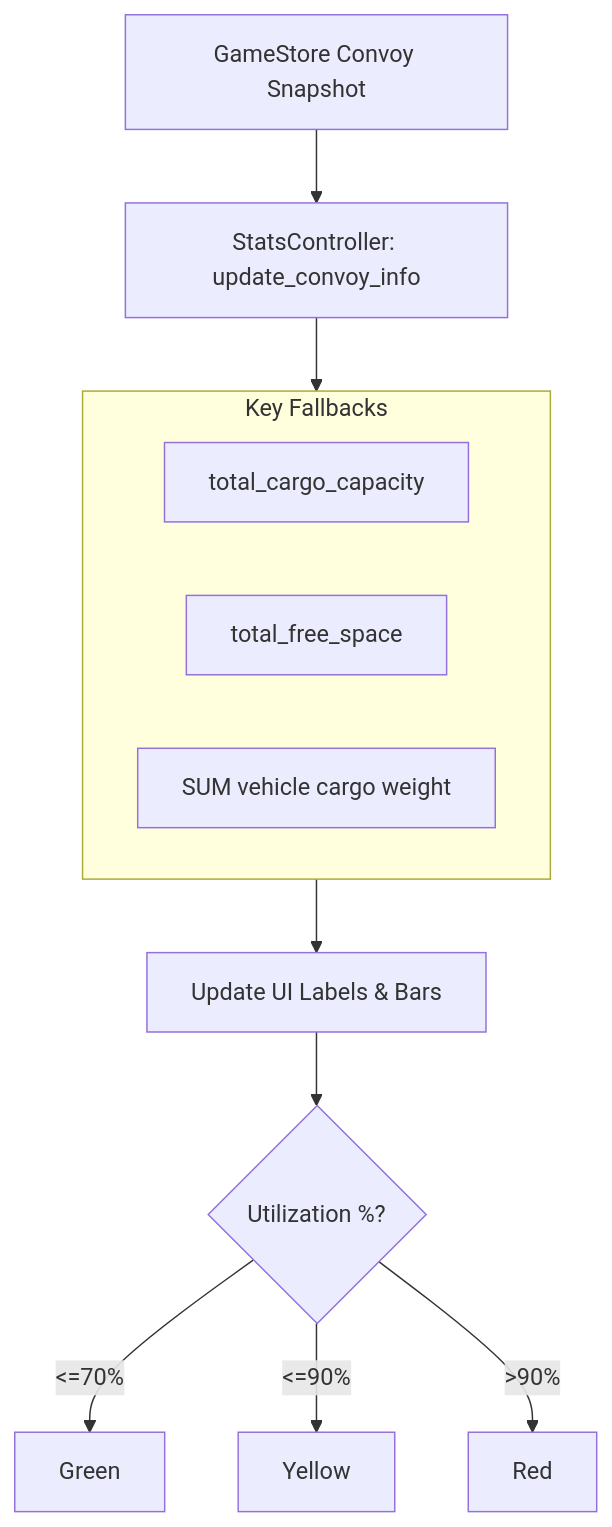
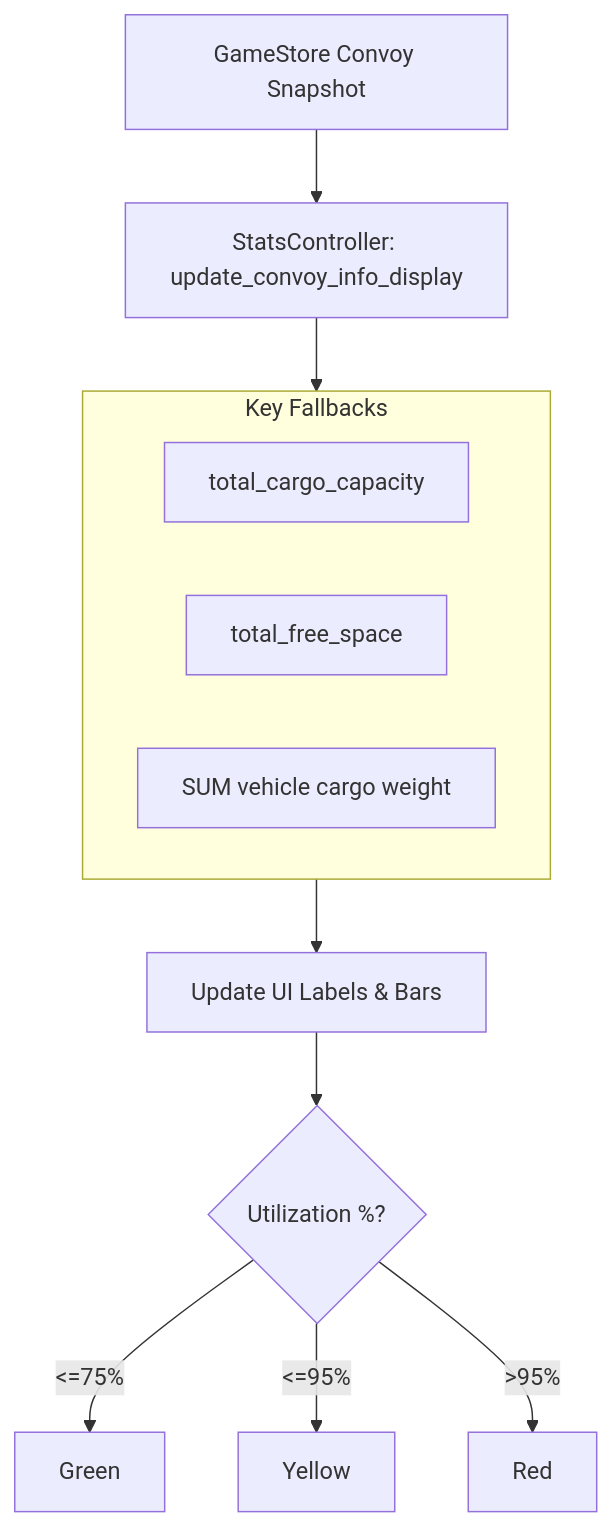
One commit to OoriData/DF_Godot changed the diagram in docs/02_UI_UX/VendorPanel/ConvoyStats.md. Above: the diagram before and after it, drawn with Mermaid. The commit also changed other lines of this file and 40 other files, not shown here.

````diff
--- a/docs/02_UI_UX/VendorPanel/ConvoyStats.md
+++ b/docs/02_UI_UX/VendorPanel/ConvoyStats.md
@@ -20,18 +21,18 @@
 ```mermaid
 graph TD
-    Data[GameStore Convoy Snapshot] --> Calc[StatsController: update_convoy_info]
+    Data[GameStore Convoy Snapshot] --> Calc[StatsController: update_convoy_info_display]
     
     subgraph Fallbacks [Key Fallbacks]
     A[total_cargo_capacity]
     B[total_free_space]
     C[SUM vehicle cargo weight]
     end
     
     Calc --> Fallbacks
     Fallbacks --> Update[Update UI Labels & Bars]
     
     Update --> Colors{Utilization %?}
-    Colors -->|<=70%| Green[Green]
-    Colors -->|<=90%| Yellow[Yellow]
-    Colors -->|>90%| Red[Red]
+    Colors -->|<=75%| Green[Green]
+    Colors -->|<=95%| Yellow[Yellow]
+    Colors -->|>95%| Red[Red]
 ```
````
